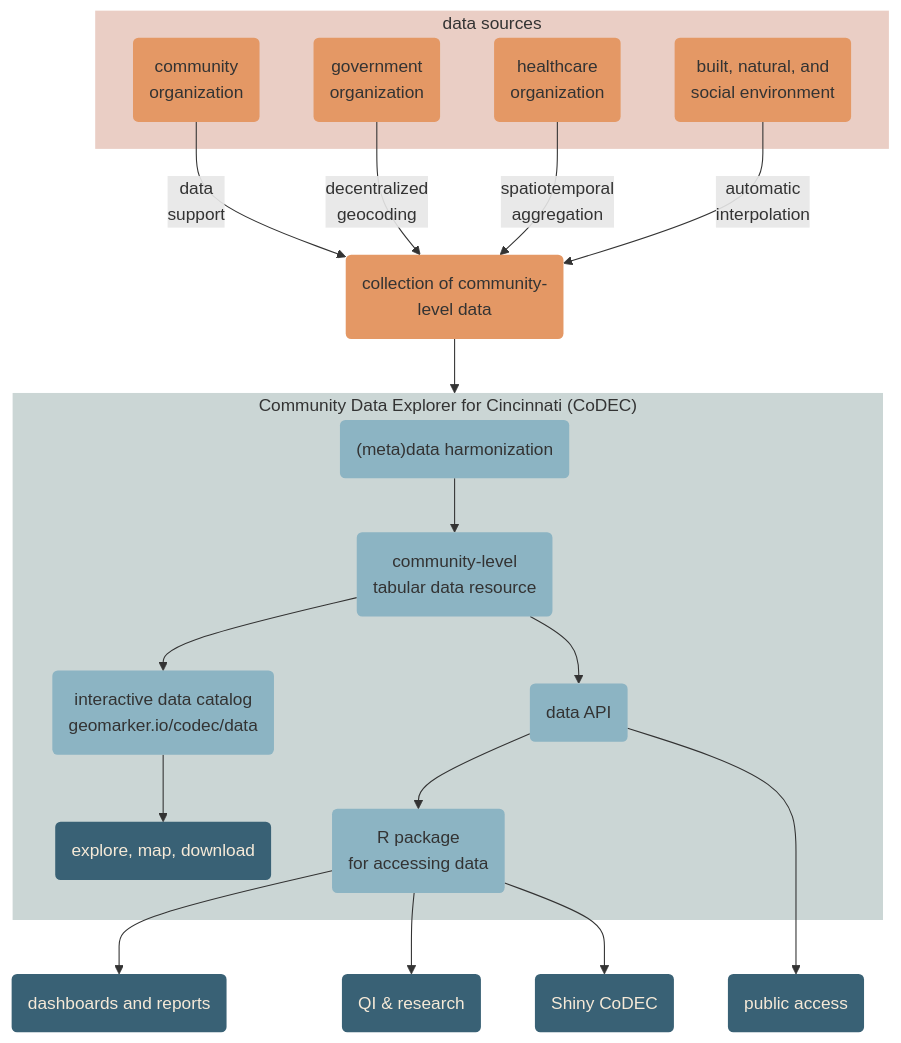
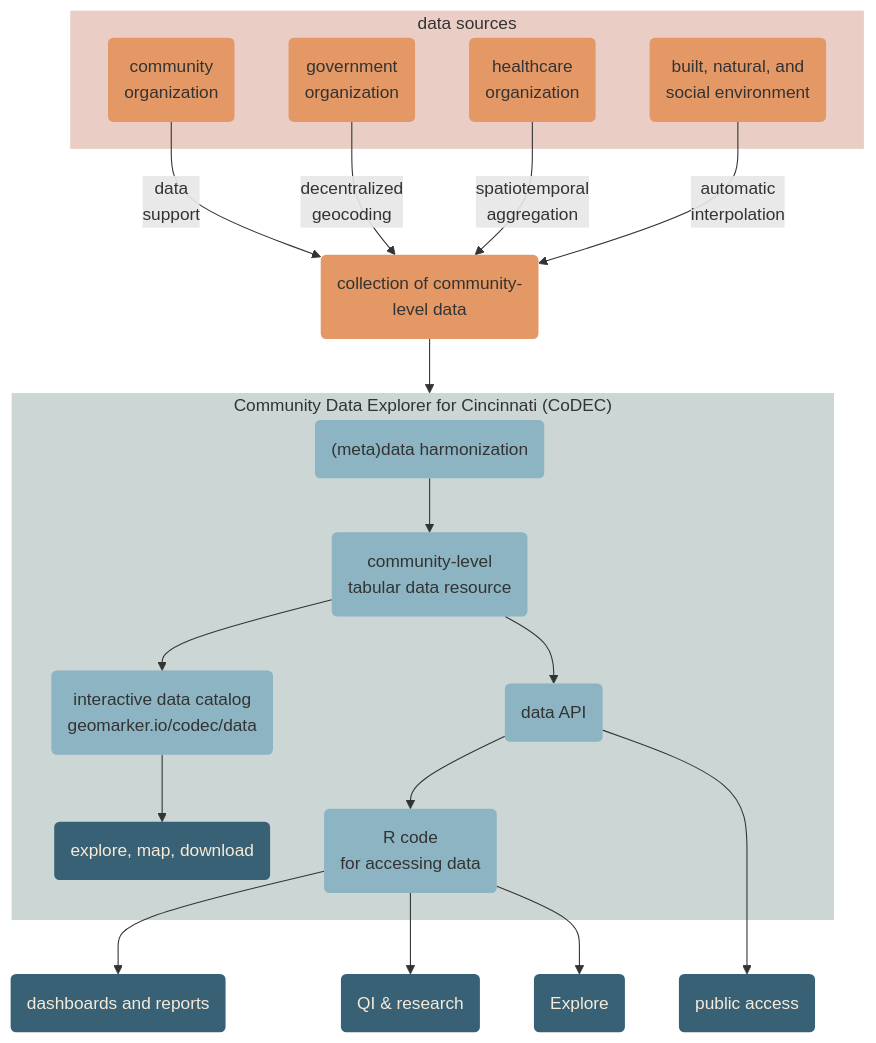
One commit to geomarker-io/codec changed the diagram in man/figures/codec_overview.mmd. Above: the diagram before and after it, drawn with Mermaid. The commit also changed 9 other files, not shown here.

Commit message:
fix mermaid fonts

```diff
--- a/man/figures/codec_overview.mmd
+++ b/man/figures/codec_overview.mmd
@@ -1,41 +1,43 @@
+%%{init: { "fontFamily": "arial" } }%%
+
 flowchart TD
 
 classDef I fill:#E49865,stroke:#333,stroke-width:0px;
 classDef II fill:#EACEC5,stroke:#333,stroke-width:0px;
 classDef III fill:#CBD6D5,stroke:#333,stroke-width:0px;
 classDef IIII fill:#8CB4C3,stroke:#333,stroke-width:0px;
 classDef V fill:#396175,color:#F6EAD8,stroke:#333,stroke-width:0px;
 
 subgraph source-box [data sources]
     org(community \norganization):::I
     jfs(government \n organization):::I
     cchmc("healthcare \n organization"):::I
     acs("built, natural, and \n social environment"):::I
 end
 class source-box II
 
 stage(collection of community-\nlevel data):::I
 
 org --> |"data \n support"| stage
 jfs --> |decentralized \n geocoding| stage
 cchmc --> |spatiotemporal \n aggregation| stage
 acs --> |automatic \n interpolation| stage
 stage --> codec-box
 
 subgraph codec-box ["Community Data Explorer for Cincinnati (CoDEC)"]
     ingest("(meta)data harmonization"):::IIII
     data(community-level \n tabular data resource):::IIII
     data-catalog("interactive data catalog\n geomarker.io/codec/data"):::IIII
     ingest --> data
     data --> data-catalog
     data --> api(data API):::IIII
-    api --> bindings(R package \n for accessing data):::IIII
+    api --> bindings(R code \n for accessing data):::IIII
     data-catalog --> download(explore, map, download):::V
 end
 
 class codec-box III
 
 bindings --> dashboard("dashboards and reports"):::V
 bindings --> qr(QI & research):::V
-bindings --> shiny-codec("Shiny CoDEC"):::V
+bindings --> shiny-codec("Explore"):::V
 api ---> anywhere(public access):::V
```
